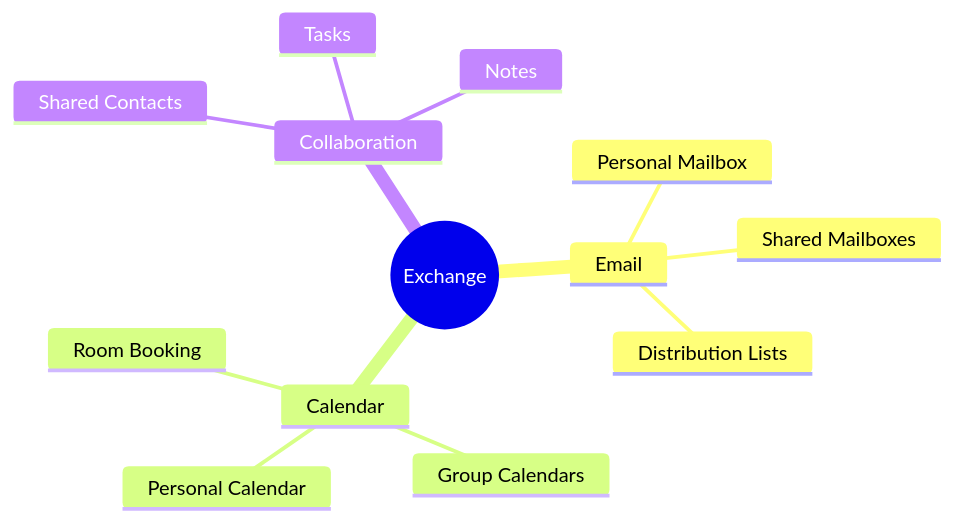
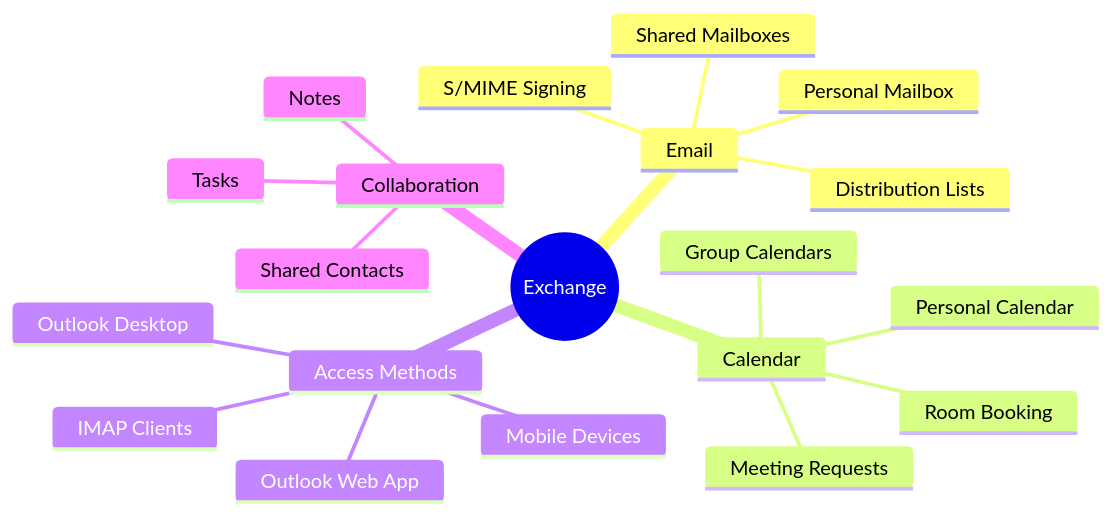
One commit to jtimo/tum-ito-admin-guide changed the fifth of 7 diagrams in en/chapters/03-user-management.qmd. Above: the diagram before and after it, drawn with Mermaid. The commit also changed other lines of this file and 7 other files, not shown here.

````diff
--- a/en/chapters/03-user-management.qmd
+++ b/en/chapters/03-user-management.qmd
@@ -166,17 +194,24 @@
 ```{mermaid}
 %%| fig-cap: "Exchange Service Features"
 mindmap
     root((Exchange))
         Email
             Personal Mailbox
             Shared Mailboxes
             Distribution Lists
+            S/MIME Signing
         Calendar
             Personal Calendar
             Group Calendars
             Room Booking
+            Meeting Requests
+        Access Methods
+            Outlook Desktop
+            Outlook Web App
+            IMAP Clients
+            Mobile Devices
         Collaboration
             Shared Contacts
             Tasks
             Notes
 ```
````
